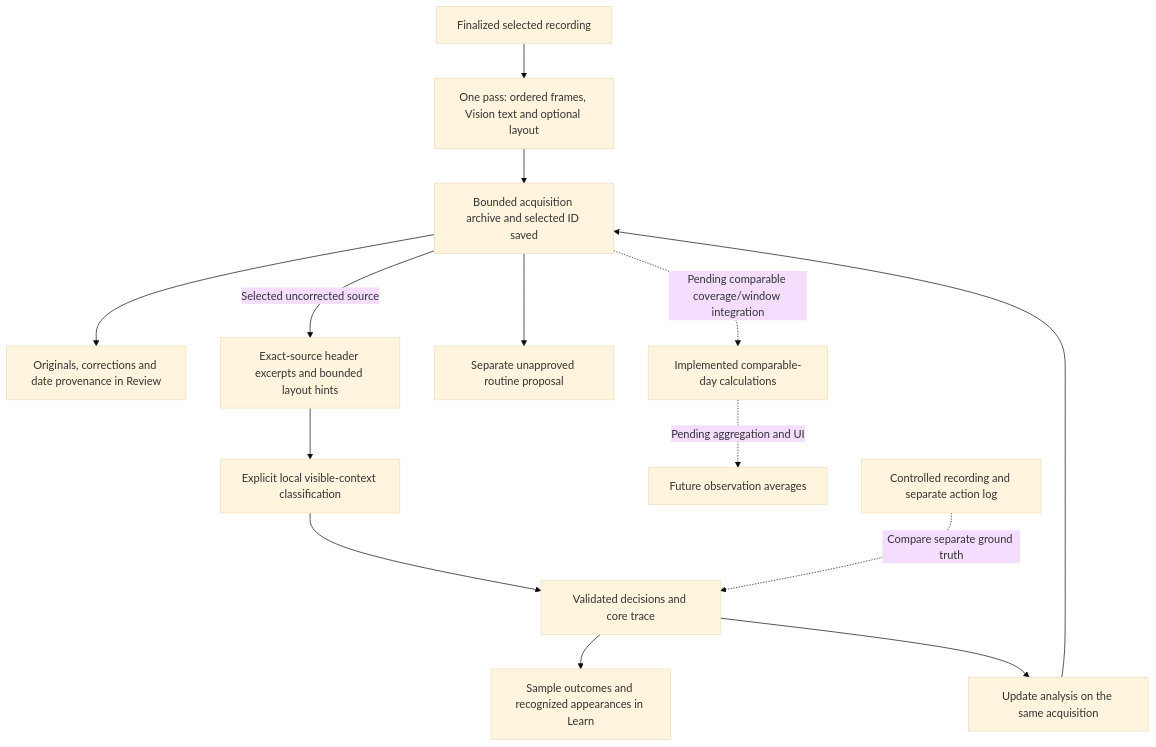
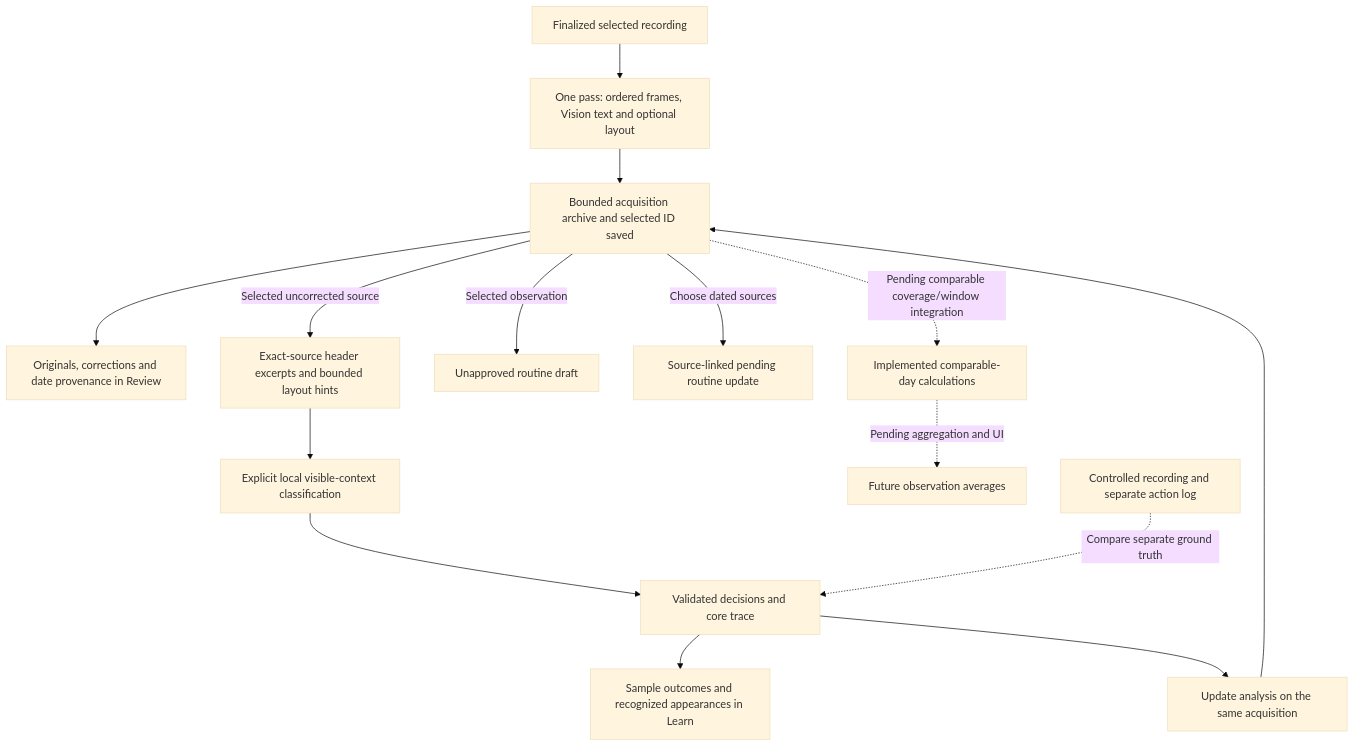
The diagram in docs/OBSERVATION-METRICS.md (gderamchi/morning-operator), drawn with Mermaid (base theme) before and after one commit. The commit also changed other lines of this file and 10 other files, not shown here.

````diff
--- a/docs/OBSERVATION-METRICS.md
+++ b/docs/OBSERVATION-METRICS.md
@@ -19,16 +19,17 @@
 ```mermaid
 flowchart TD
     A[Finalized selected recording] --> B[One pass: ordered frames, Vision text and optional layout]
     B --> C[Bounded acquisition archive and selected ID saved]
     C --> H[Originals, corrections and date provenance in Review]
     C -->|Selected uncorrected source| X[Exact-source header excerpts and bounded layout hints]
     X --> D[Explicit local visible-context classification]
     D --> E[Validated decisions and core trace]
     E --> F[Sample outcomes and recognized appearances in Learn]
-    C --> R[Separate unapproved routine proposal]
+    C -->|Selected observation| R[Unapproved routine draft]
+    C -->|Choose dated sources| P[Source-linked pending routine update]
     E --> J[Update analysis on the same acquisition]
     J --> C
     C -. Pending comparable coverage/window integration .-> G[Implemented comparable-day calculations]
     G -. Pending aggregation and UI .-> I[Future observation averages]
     K[Controlled recording and separate action log] -. Compare separate ground truth .-> E
 ```
````
